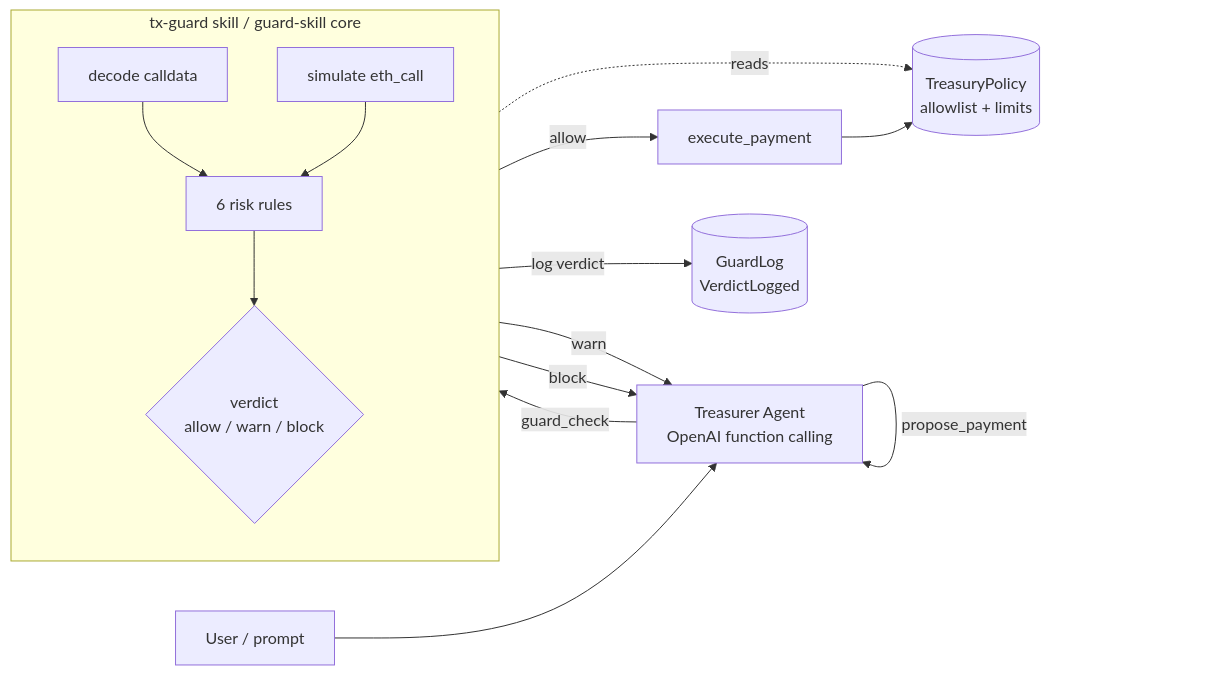
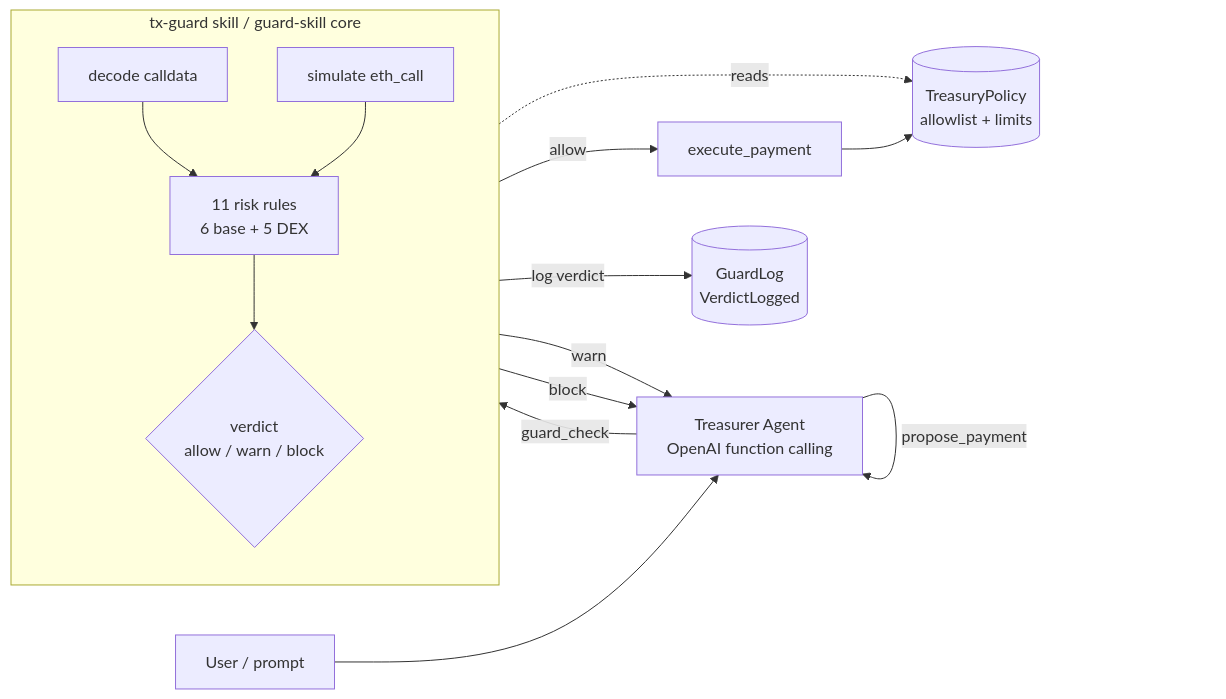
The diagram in README.md (henessay/Pharos-Agent), drawn with Mermaid before and after one commit. The commit also changed other lines of this file and 17 other files, not shown here.

````diff
--- a/README.md
+++ b/README.md
@@ -36,19 +39,19 @@
 ```mermaid
 flowchart LR
   U[User / prompt] --> A[Treasurer Agent<br/>OpenAI function calling]
   A -->|propose_payment| A
   A -->|guard_check| S
 
   subgraph S[tx-guard skill / guard-skill core]
     direction TB
-    D[decode calldata] --> R[6 risk rules]
+    D[decode calldata] --> R[11 risk rules<br/>6 base + 5 DEX]
     SIM[simulate eth_call] --> R
     R --> V{verdict<br/>allow / warn / block}
   end
 
   R -.reads.-> P[(TreasuryPolicy<br/>allowlist + limits)]
   V -->|allow| X[execute_payment] --> P
   V -->|log verdict| G[(GuardLog<br/>VerdictLogged)]
   V -->|warn| A
   V -->|block| A
 ```
````
